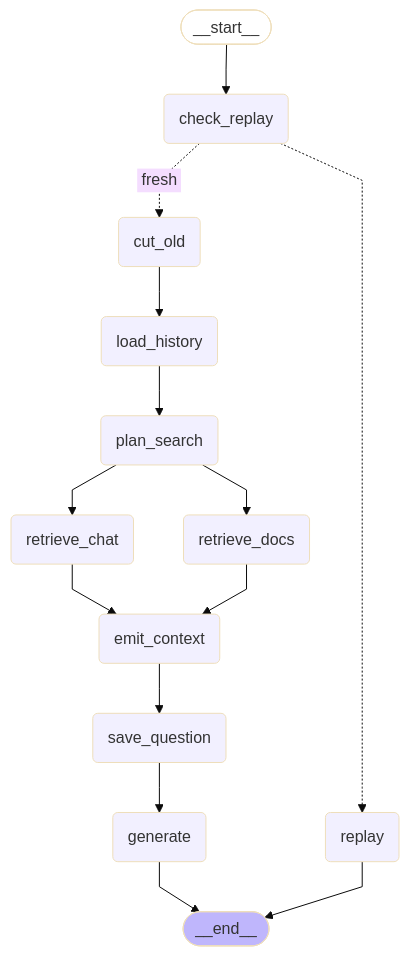
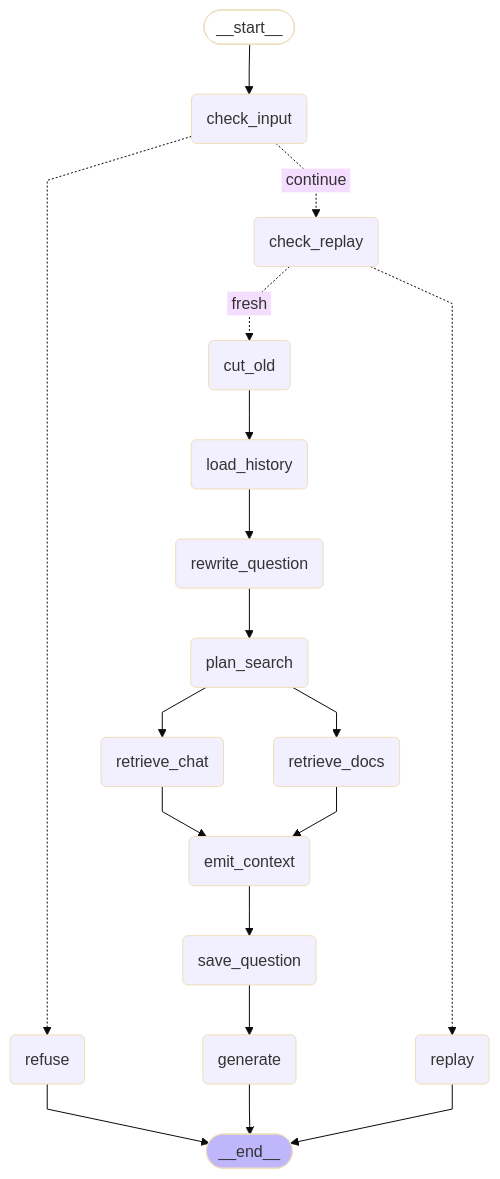
One commit to Suvekshyajha/bp_app changed the diagram in docs/turn_graph.md. Above: the diagram before and after it, drawn with Mermaid (base theme). The commit also changed other lines of this file and 6 other files, not shown here.

````diff
--- a/docs/turn_graph.md
+++ b/docs/turn_graph.md
@@ -15,36 +15,43 @@
 ```mermaid
 ---
 config:
   flowchart:
     curve: linear
 ---
 graph TD;
 	__start__([<p>__start__</p>]):::first
+	check_input(check_input)
+	refuse(refuse)
 	check_replay(check_replay)
 	replay(replay)
 	cut_old(cut_old)
 	load_history(load_history)
+	rewrite_question(rewrite_question)
 	plan_search(plan_search)
 	retrieve_chat(retrieve_chat)
 	retrieve_docs(retrieve_docs)
 	emit_context(emit_context)
 	save_question(save_question)
 	generate(generate)
 	__end__([<p>__end__</p>]):::last
-	__start__ --> check_replay;
+	__start__ --> check_input;
+	check_input -. &nbsp;continue&nbsp; .-> check_replay;
+	check_input -.-> refuse;
+	refuse --> __end__;
 	check_replay -. &nbsp;fresh&nbsp; .-> cut_old;
 	check_replay -.-> replay;
 	cut_old --> load_history;
 	emit_context --> save_question;
-	load_history --> plan_search;
+	load_history --> rewrite_question;
+	rewrite_question --> plan_search;
 	plan_search --> retrieve_chat;
 	plan_search --> retrieve_docs;
 	retrieve_chat --> emit_context;
 	retrieve_docs --> emit_context;
 	save_question --> generate;
 	generate --> __end__;
 	replay --> __end__;
 	classDef default fill:#f2f0ff,line-height:1.2
 	classDef first fill-opacity:0
 	classDef last fill:#bfb6fc
 ```
````
